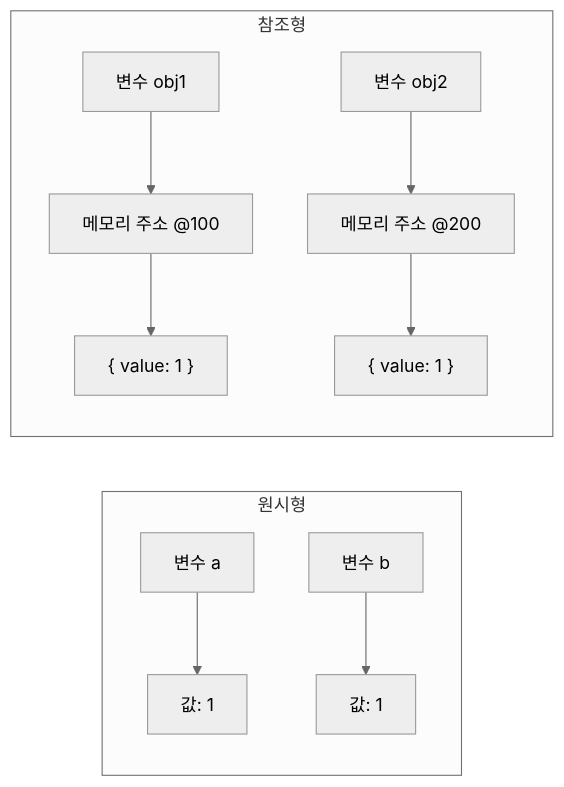
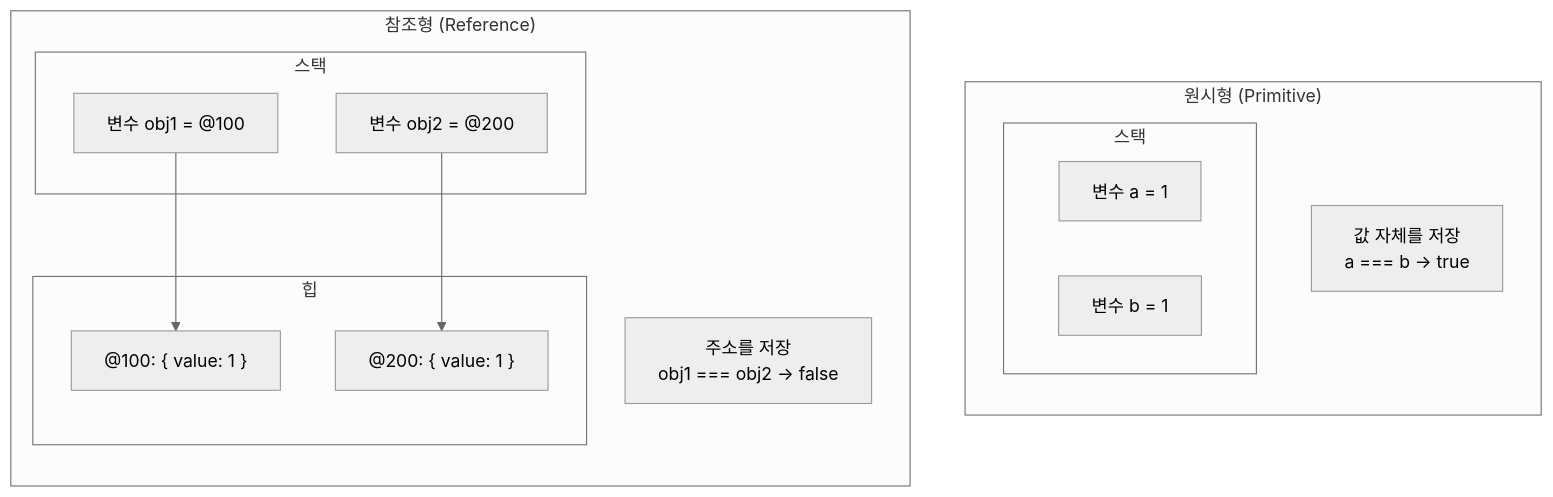
One commit to codefug/codefug.github.io changed the fourth of 15 diagrams in markdown/2026-01-18/ko/content.mdx. Above: the diagram before and after it, drawn with Mermaid (neutral theme). The commit also changed other lines of this file, not shown here.

Commit message:
docs: 참조형 데이터 메모리 구조 설명 보충

````diff
--- a/markdown/2026-01-18/ko/content.mdx
+++ b/markdown/2026-01-18/ko/content.mdx
@@ -43,14 +129,27 @@
 ```mermaid
-flowchart LR
-    subgraph 원시형
-        A[변수 a] --> V1[값: 1]
-        B[변수 b] --> V2[값: 1]
+flowchart TB
+    subgraph 원시형["원시형 (Primitive)"]
+        direction TB
+        subgraph Stack1["스택"]
+            A["변수 a = 1"]
+            B["변수 b = 1"]
+        end
+        Note1["값 자체를 저장<br/>a === b → true"]
     end
 
-    subgraph 참조형
-        C[변수 obj1] --> M1[메모리 주소 @100]
-        D[변수 obj2] --> M2[메모리 주소 @200]
-        M1 --> O1["{ value: 1 }"]
-        M2 --> O2["{ value: 1 }"]
+    subgraph 참조형["참조형 (Reference)"]
+        direction TB
+        subgraph Stack2["스택"]
+            C["변수 obj1 = @100"]
+            D["변수 obj2 = @200"]
+        end
+        subgraph Heap2["힙"]
+            O1["@100: { value: 1 }"]
+            O2["@200: { value: 1 }"]
+        end
+        Note2["주소를 저장<br/>obj1 === obj2 → false"]
     end
+
+    C --> O1
+    D --> O2
 ```
````
